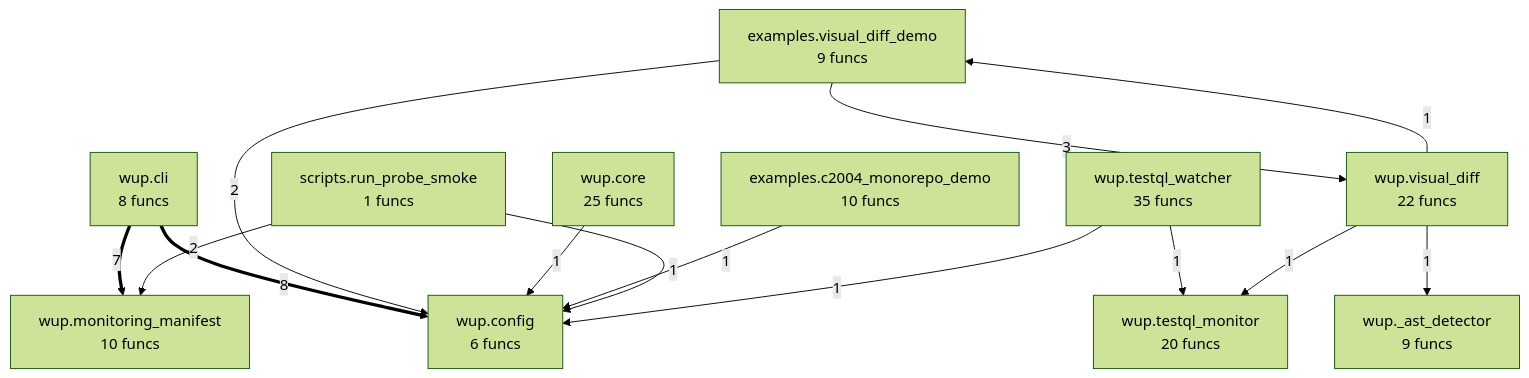
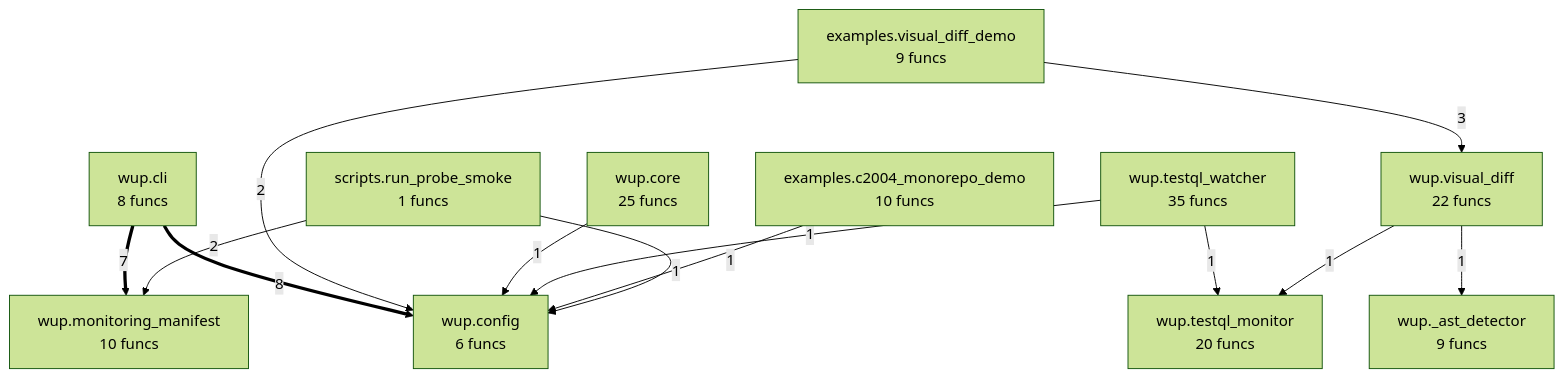
One commit to semcod/wup changed the diagram in project/compact_flow.mmd. Above: the diagram before and after it, drawn with Mermaid (forest theme). The commit also changed 25 other files, not shown here.

```diff
--- a/project/compact_flow.mmd
+++ b/project/compact_flow.mmd
@@ -1,26 +1,25 @@
 flowchart TD
 %% generated in 0.01s
     examples__c2004_monorepo_demo["examples.c2004_monorepo_demo<br/>10 funcs"]
     examples__visual_diff_demo["examples.visual_diff_demo<br/>9 funcs"]
     scripts__run_probe_smoke["scripts.run_probe_smoke<br/>1 funcs"]
     wup___ast_detector["wup._ast_detector<br/>9 funcs"]
     wup__cli["wup.cli<br/>8 funcs"]
     wup__config["wup.config<br/>6 funcs"]
     wup__core["wup.core<br/>25 funcs"]
     wup__monitoring_manifest["wup.monitoring_manifest<br/>10 funcs"]
     wup__testql_monitor["wup.testql_monitor<br/>20 funcs"]
     wup__testql_watcher["wup.testql_watcher<br/>35 funcs"]
     wup__visual_diff["wup.visual_diff<br/>22 funcs"]
     wup__cli ==>|8| wup__config
     wup__cli ==>|7| wup__monitoring_manifest
     examples__visual_diff_demo -->|3| wup__visual_diff
     examples__visual_diff_demo -->|2| wup__config
     scripts__run_probe_smoke -->|2| wup__monitoring_manifest
     wup__core -->|1| wup__config
-    examples__c2004_monorepo_demo -->|1| wup__config
-    scripts__run_probe_smoke -->|1| wup__config
     wup__testql_watcher -->|1| wup__config
     wup__testql_watcher -->|1| wup__testql_monitor
     wup__visual_diff -->|1| wup__testql_monitor
     wup__visual_diff -->|1| wup___ast_detector
-    wup__visual_diff -->|1| examples__visual_diff_demo
+    examples__c2004_monorepo_demo -->|1| wup__config
+    scripts__run_probe_smoke -->|1| wup__config
```
